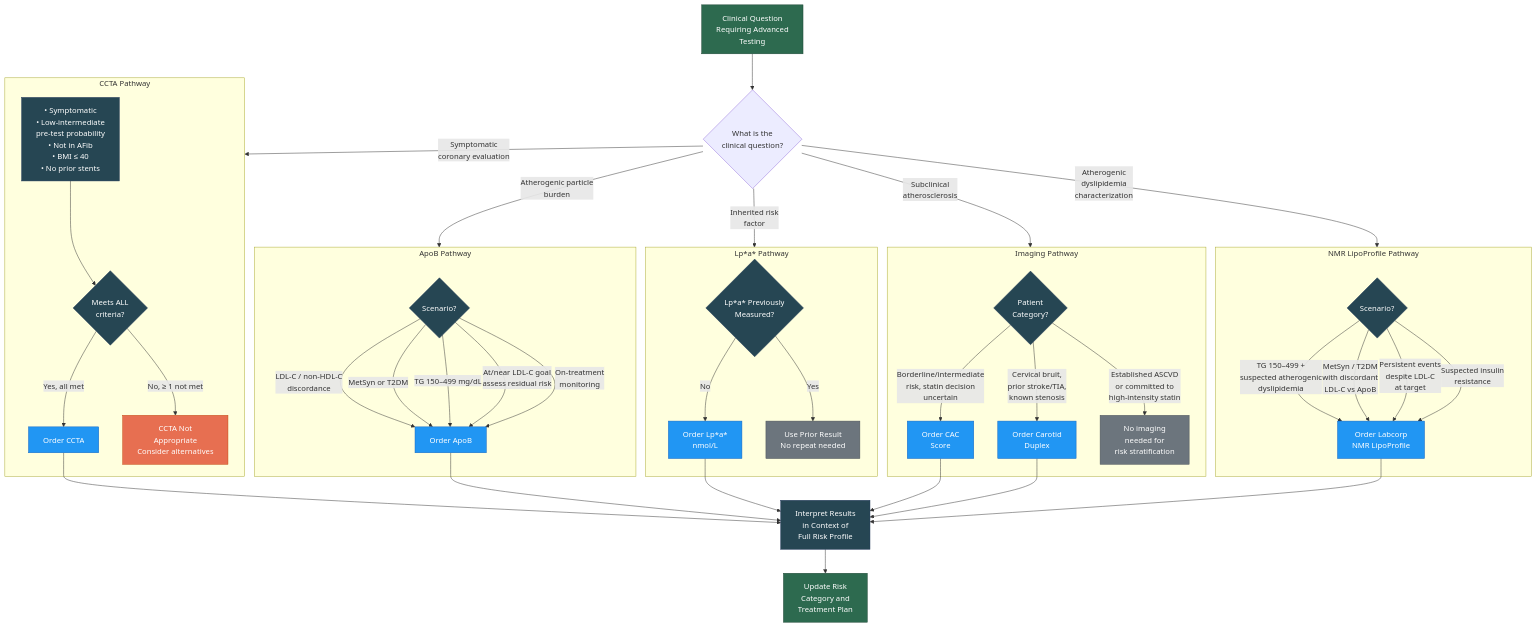
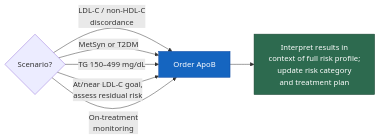
One commit to gkoromia/sandusky-dyslipidemia-model changed the second of 6 diagrams in docs/workflows/advanced-tools-decision-flow.md. Above: the diagram before and after it, drawn with Mermaid. The commit also changed other lines of this file and 9 other files, not shown here.

First line of the commit message:
Make workflow diagrams readable and polish site navigation

````diff
--- a/docs/workflows/advanced-tools-decision-flow.md
+++ b/docs/workflows/advanced-tools-decision-flow.md
@@ -16,64 +43,17 @@
 ```mermaid
-flowchart TD
-    classDef entry fill:#2d6a4f,stroke:#1b4332,color:#ffffff
-    classDef assess fill:#264653,stroke:#1d3557,color:#ffffff
-    classDef caution fill:#e76f51,stroke:#c1440e,color:#ffffff
-    classDef urgent fill:#d62828,stroke:#9d0208,color:#ffffff
-    classDef admin fill:#6c757d,stroke:#495057,color:#ffffff
-    classDef tool fill:#2196F3,stroke:#1565C0,color:#ffffff
+flowchart LR
+    classDef entry fill:#2d6a4f,stroke:#1b4332,color:#fff
+    classDef assess fill:#264653,stroke:#16303a,color:#fff
+    classDef treat fill:#1565c0,stroke:#0d47a1,color:#fff
+    classDef caution fill:#c2410c,stroke:#9a3412,color:#fff
+    classDef urgent fill:#b42318,stroke:#7a1a12,color:#fff
+    classDef admin fill:#5f6770,stroke:#454c53,color:#fff
+    classDef link fill:#fff,stroke:#264653,stroke-width:2px,stroke-dasharray:5 4,color:#264653
 
-    START[Clinical Question\nRequiring Advanced\nTesting]:::entry --> Q1{What is the\nclinical question?}
-
-    Q1 -->|Atherogenic particle\nburden| APOB_PATH
-    Q1 -->|Inherited risk\nfactor| LPA_PATH
-    Q1 -->|Subclinical\natherosclerosis| IMAGING_PATH
-    Q1 -->|Atherogenic\ndyslipidemia\ncharacterization| NMR_PATH
-    Q1 -->|Symptomatic\ncoronary evaluation| CCTA_PATH
-
-    subgraph APOB_PATH [ApoB Pathway]
-        APOB_Q{Scenario?}:::assess
-        APOB_Q -->|LDL-C / non-HDL-C\ndiscordance| APOB[Order ApoB]:::tool
-        APOB_Q -->|MetSyn or T2DM| APOB
-        APOB_Q -->|TG 150–499 mg/dL| APOB
-        APOB_Q -->|At/near LDL-C goal\nassess residual risk| APOB
-        APOB_Q -->|On-treatment\nmonitoring| APOB
-    end
-
-    subgraph LPA_PATH [Lp*a* Pathway]
-        LPA_Q{Lp*a* Previously\nMeasured?}:::assess
-        LPA_Q -->|No| LPA[Order Lp*a*\nnmol/L]:::tool
-        LPA_Q -->|Yes| LPA_DONE[Use Prior Result\nNo repeat needed]:::admin
-    end
-
-    subgraph NMR_PATH [NMR LipoProfile Pathway]
-        NMR_Q{Scenario?}:::assess
-        NMR_Q -->|TG 150–499 +\nsuspected atherogenic\ndyslipidemia| NMR[Order Labcorp\nNMR LipoProfile]:::tool
-        NMR_Q -->|MetSyn / T2DM\nwith discordant\nLDL-C vs ApoB| NMR
-        NMR_Q -->|Persistent events\ndespite LDL-C\nat target| NMR
-        NMR_Q -->|Suspected insulin\nresistance| NMR
-    end
-
-    subgraph IMAGING_PATH [Imaging Pathway]
-        IMG_Q{Patient\nCategory?}:::assess
-        IMG_Q -->|Borderline/intermediate\nrisk, statin decision\nuncertain| CAC[Order CAC\nScore]:::tool
-        IMG_Q -->|Cervical bruit,\nprior stroke/TIA,\nknown stenosis| CAROTID[Order Carotid\nDuplex]:::tool
-        IMG_Q -->|Established ASCVD\nor committed to\nhigh-intensity statin| NOIMG[No imaging\nneeded for\nrisk stratification]:::admin
-    end
-
-    subgraph CCTA_PATH [CCTA Pathway]
-        CCTA_Q{Meets ALL\ncriteria?}:::assess
-        CCTA_CRIT[• Symptomatic\n• Low-intermediate\n  pre-test probability\n• Not in AFib\n• BMI ≤ 40\n• No prior stents]:::assess
-        CCTA_Q -->|Yes, all met| CCTA[Order CCTA]:::tool
-        CCTA_Q -->|No, ≥ 1 not met| NOCCTA[CCTA Not\nAppropriate\nConsider alternatives]:::caution
-        CCTA_CRIT --> CCTA_Q
-    end
-
-    APOB --> INTERPRET[Interpret Results\nin Context of\nFull Risk Profile]:::assess
-    LPA --> INTERPRET
-    NMR --> INTERPRET
-    CAC --> INTERPRET
-    CAROTID --> INTERPRET
-    CCTA --> INTERPRET
-
-    INTERPRET --> ACTION[Update Risk\nCategory and\nTreatment Plan]:::entry
+    APOB_Q{Scenario?} -->|LDL-C / non-HDL-C<br>discordance| APOB[Order ApoB]:::treat
+    APOB_Q -->|MetSyn or T2DM| APOB
+    APOB_Q -->|TG 150–499 mg/dL| APOB
+    APOB_Q -->|At/near LDL-C goal,<br>assess residual risk| APOB
+    APOB_Q -->|On-treatment<br>monitoring| APOB
+    APOB --> NEXT[Interpret results in<br>context of full risk profile;<br>update risk category<br>and treatment plan]:::entry
 ```
````
